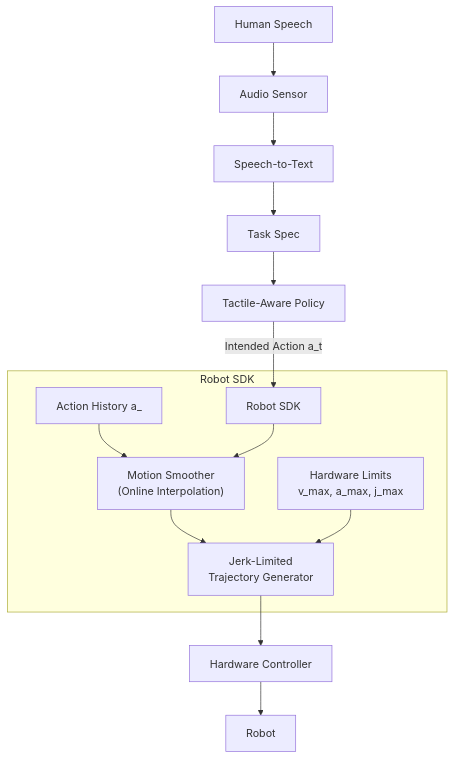
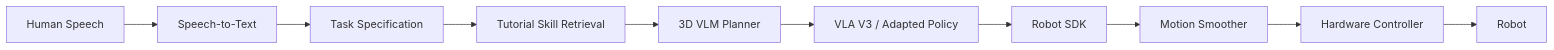
One commit to Freelunch-AI/freelunch-ide changed diagram 13 of 15 in docs/specs/post-demo/lunch_robotics.md. Above: the diagram before and after it, drawn with Mermaid. The commit also changed other lines of this file, not shown here.

````diff
--- a/docs/specs/post-demo/lunch_robotics.md
+++ b/docs/specs/post-demo/lunch_robotics.md
@@ -541,19 +877,16 @@
 ```mermaid
-flowchart TD
-    A["Human Speech"] --> B["Audio Sensor"]
-    B --> C["Speech-to-Text"]
-    C --> D["Task Spec"]
-    D --> E["Tactile-Aware Policy"]
-    
-    E -->|Intended Action a_t| F["Robot SDK"]
-    
-    subgraph SDK["Robot SDK"]
-        G["Action History a_<t"] --> H
-        F --> H["Motion Smoother<br/>(Online Interpolation)"]
-        H --> I["Jerk-Limited<br/>Trajectory Generator"]
-        J["Hardware Limits<br/>v_max, a_max, j_max"] --> I
-    end
-    
-    I --> K["Hardware Controller"]
-    K --> L["Robot"]
+flowchart LR
+    A["Human Speech"]
+    --> B["Speech-to-Text"]
+
+    B --> C["Task Specification"]
+    C --> D["Tutorial Skill Retrieval"]
+
+    D --> E["3D VLM Planner"]
+    E --> F["VLA V3 / Adapted Policy"]
+
+    F --> G["Robot SDK"]
+    G --> H["Motion Smoother"]
+    H --> I["Hardware Controller"]
+    I --> J["Robot"]
 ```
````
